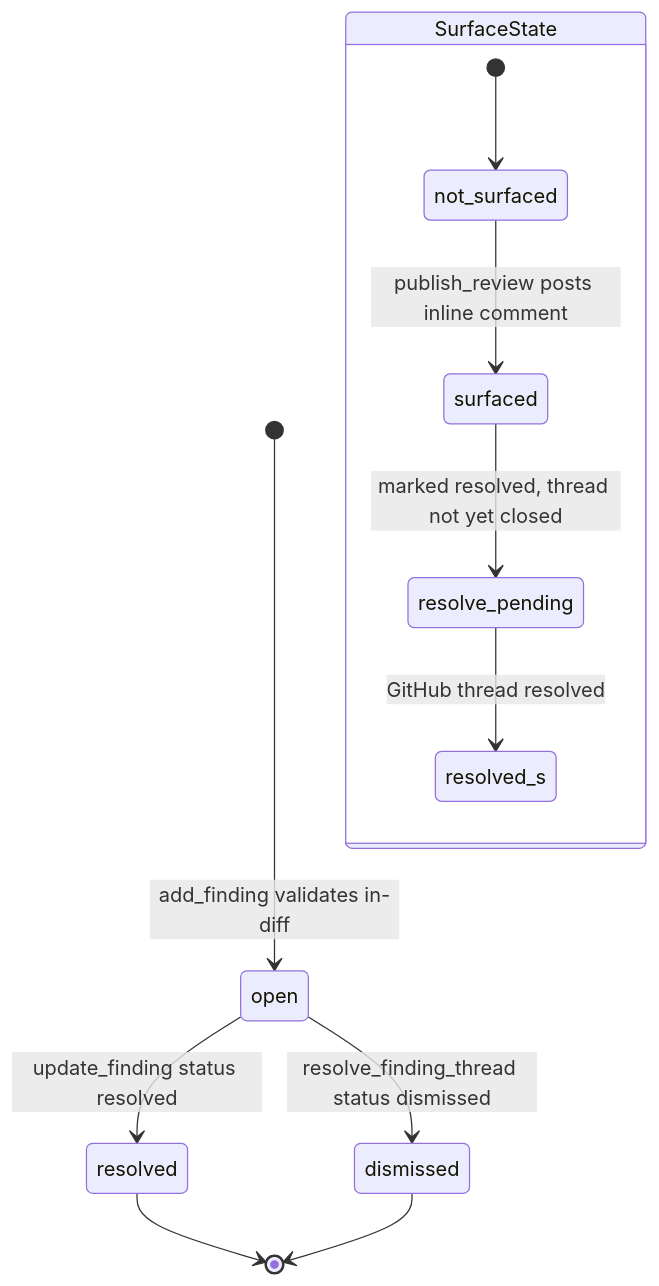
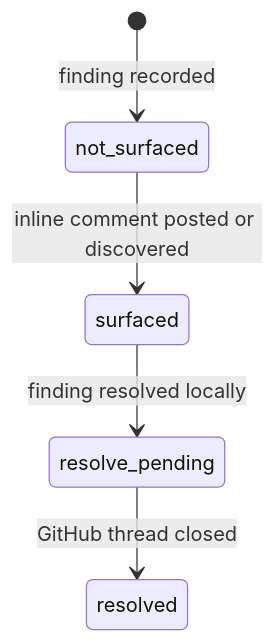
The second of 2 diagrams in openwiki/architecture/reviewer-and-analyzer.md (langchain-ai/open-swe), drawn with Mermaid before and after one commit. The commit also changed other lines of this file and 52 other files, not shown here.

````diff
--- a/openwiki/architecture/reviewer-and-analyzer.md
+++ b/openwiki/architecture/reviewer-and-analyzer.md
@@ -156,15 +102,7 @@
 ```mermaid
 stateDiagram-v2
-    [*] --> open: add_finding validates in-diff
-    open --> resolved: update_finding status resolved
-    open --> dismissed: resolve_finding_thread status dismissed
-    resolved --> [*]
-    dismissed --> [*]
-
-    state SurfaceState {
-        [*] --> not_surfaced
-        not_surfaced --> surfaced: publish_review posts inline comment
-        surfaced --> resolve_pending: marked resolved, thread not yet closed
-        resolve_pending --> resolved_s: GitHub thread resolved
-    }
+    [*] --> not_surfaced: finding recorded
+    not_surfaced --> surfaced: inline comment posted or discovered
+    surfaced --> resolve_pending: finding resolved locally
+    resolve_pending --> resolved: GitHub thread closed
 ```
````
